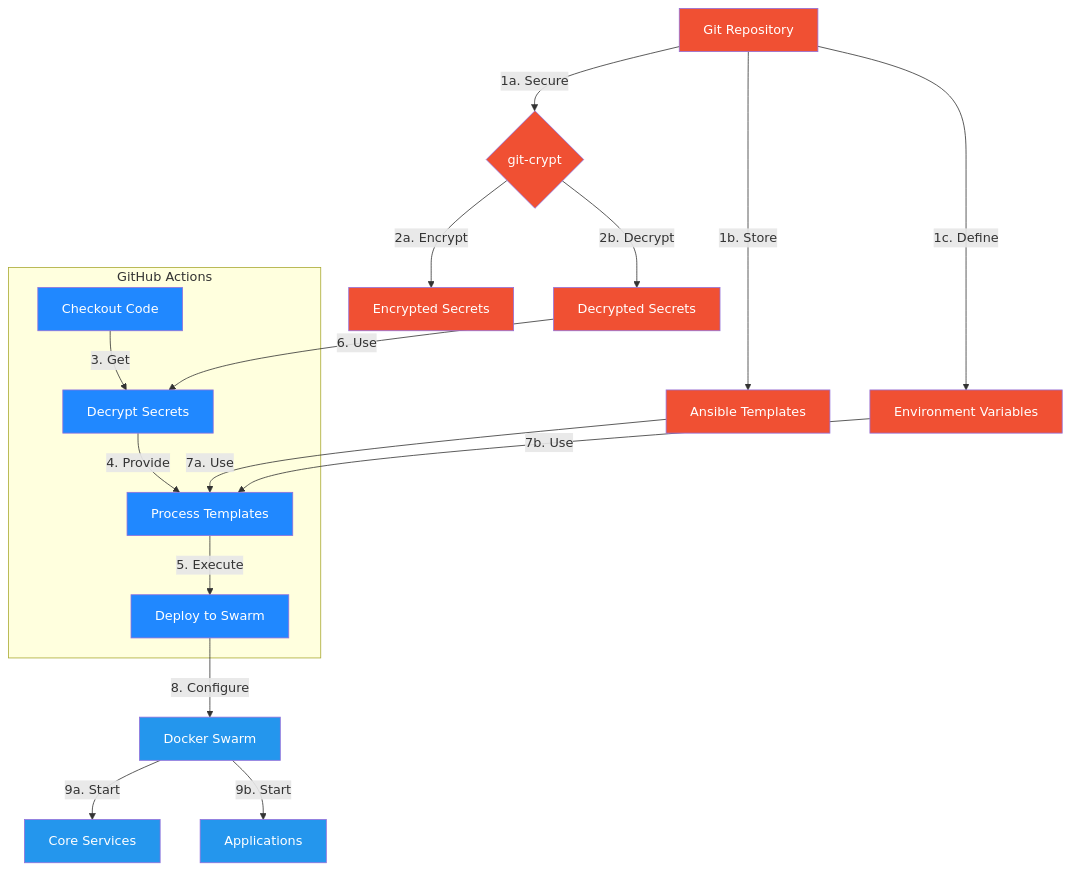
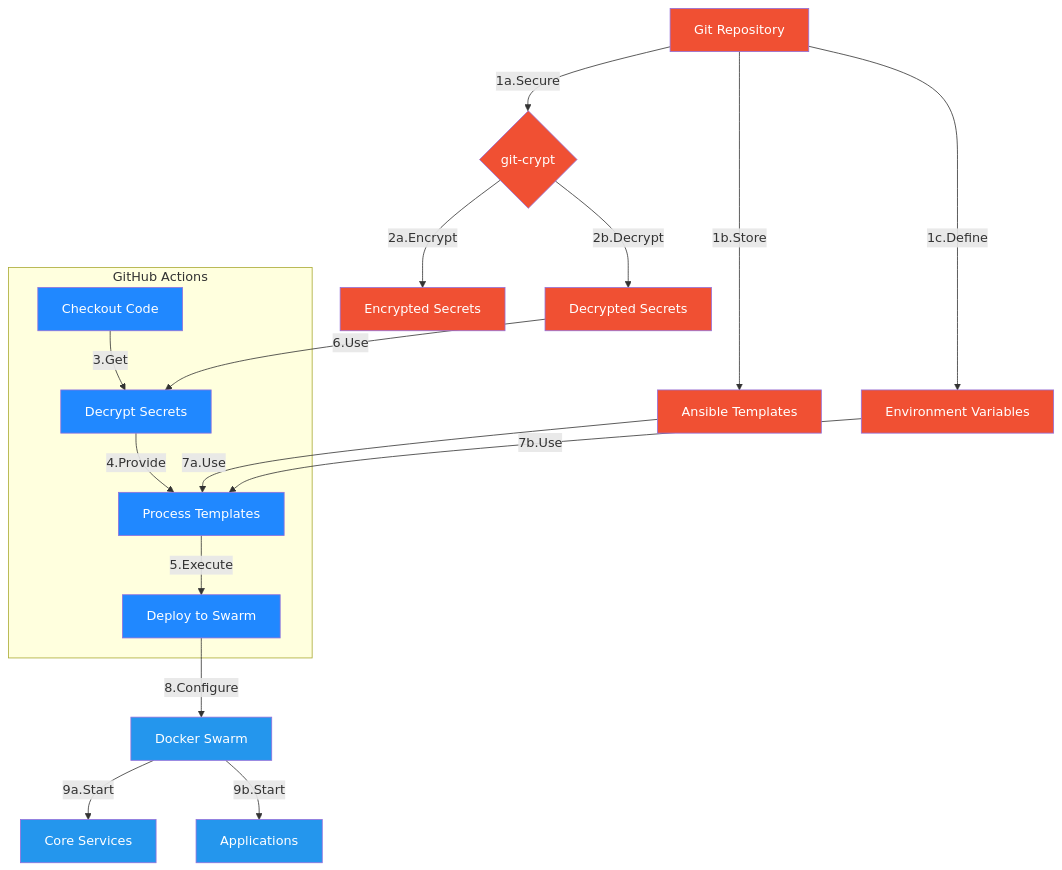
The third of 7 diagrams in documentation/infrastructure-diagrams.md (deepbrainspace/deepbrain-stack), drawn with Mermaid before and after one commit. The commit also changed other lines of this file, not shown here.

````diff
--- a/documentation/infrastructure-diagrams.md
+++ b/documentation/infrastructure-diagrams.md
@@ -164,37 +164,37 @@
 ```mermaid
 flowchart TD
-    A["Git Repository"] --> |"1a. Secure"| B{"git-crypt"}
-    B -->|"2a. Encrypt"| C["Encrypted Secrets"]
-    B -->|"2b. Decrypt"| D["Decrypted Secrets"]
+    A["Git Repository"] --> |"1a.Secure"| B{"git-crypt"}
+    B -->|"2a.Encrypt"| C["Encrypted Secrets"]
+    B -->|"2b.Decrypt"| D["Decrypted Secrets"]
     
-    A --> |"1b. Store"| E["Ansible Templates"]
-    A --> |"1c. Define"| F["Environment Variables"]
+    A --> |"1b.Store"| E["Ansible Templates"]
+    A --> |"1c.Define"| F["Environment Variables"]
     
     subgraph "GitHub Actions"
         G["Checkout Code"]
         H["Decrypt Secrets"]
         I["Process Templates"]
         J["Deploy to Swarm"]
     end
     
-    G --> |"3. Get"| H
-    H --> |"4. Provide"| I
-    I --> |"5. Execute"| J
+    G --> |"3.Get"| H
+    H --> |"4.Provide"| I
+    I --> |"5.Execute"| J
     
-    D --> |"6. Use"| H
-    E --> |"7a. Use"| I
-    F --> |"7b. Use"| I
+    D --> |"6.Use"| H
+    E --> |"7a.Use"| I
+    F --> |"7b.Use"| I
     
-    J --> |"8. Configure"| K["Docker Swarm"]
+    J --> |"8.Configure"| K["Docker Swarm"]
     
-    K --> |"9a. Start"| L["Core Services"]
-    K --> |"9b. Start"| M["Applications"]
+    K --> |"9a.Start"| L["Core Services"]
+    K --> |"9b.Start"| M["Applications"]
     
     classDef git fill:#F05033,color:white;
     classDef actions fill:#2088FF,color:white;
     classDef swarm fill:#2496ED,color:white;
     
     class A,B,C,D,E,F git;
     class G,H,I,J actions;
     class K,L,M swarm;
 ```
````
